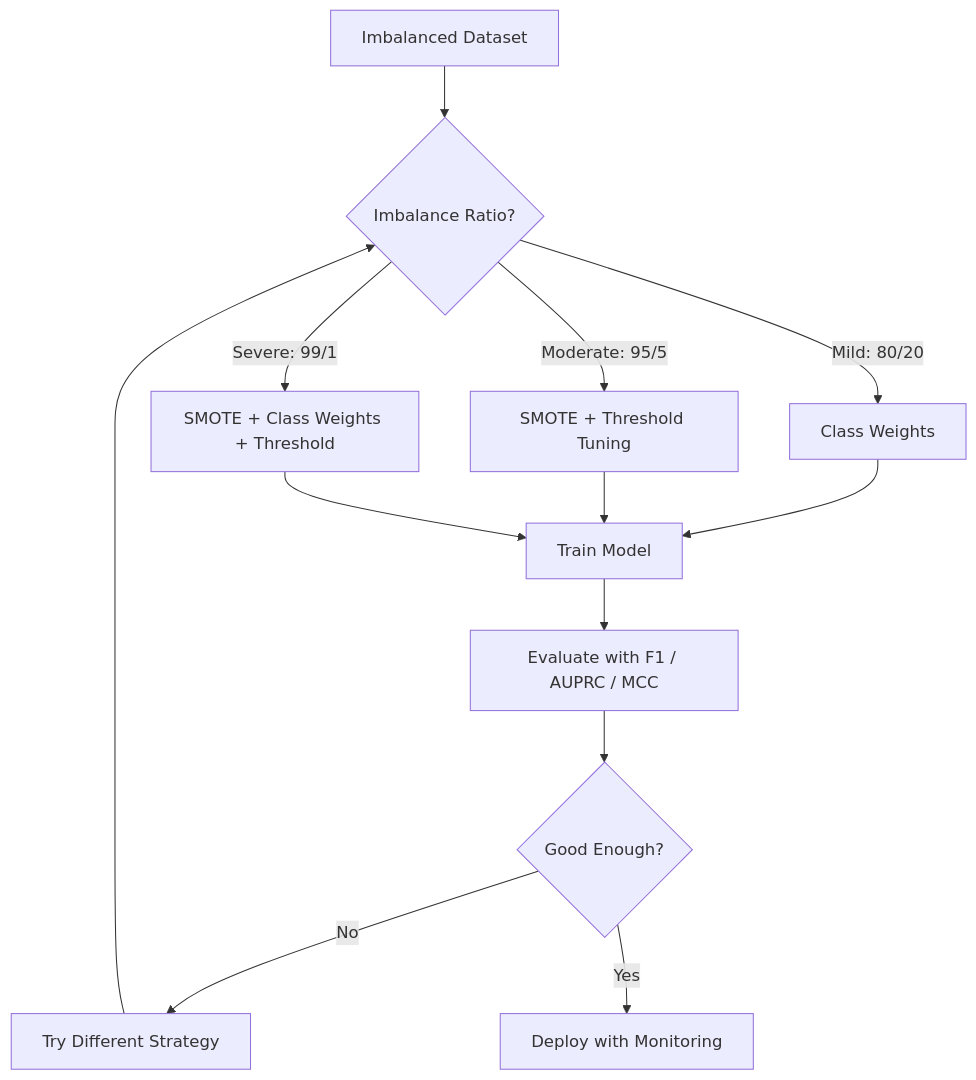
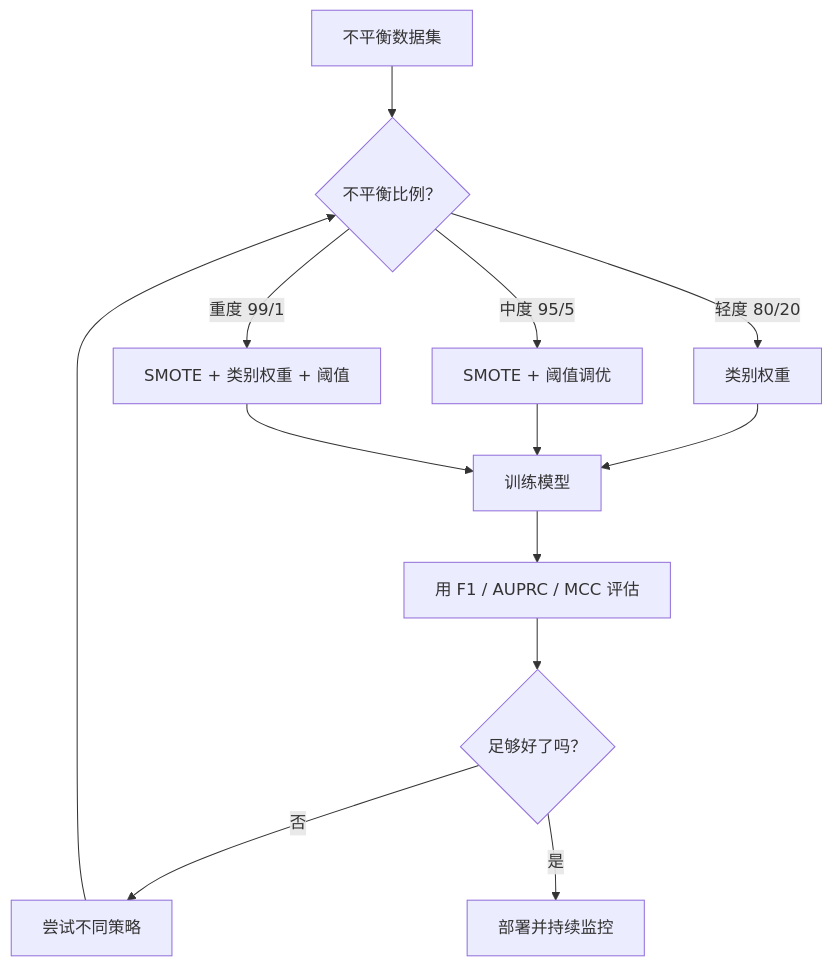
The first of 4 diagrams in phases/02-ml-fundamentals/17-imbalanced-data/docs/zh.md (JerryC8080/ai-engineering-from-scratch-zh), drawn with Mermaid before and after one commit. The commit also changed other lines of this file and 156 other files, not shown here.

First line of the commit message:
i18n(zh): translate mermaid diagram labels in 157 lesson zh.md

````diff
--- a/phases/02-ml-fundamentals/17-imbalanced-data/docs/zh.md
+++ b/phases/02-ml-fundamentals/17-imbalanced-data/docs/zh.md
@@ -62,15 +62,15 @@
 ```mermaid
 flowchart TD
-    A[Imbalanced Dataset] --> B{Imbalance Ratio?}
-    B -->|Mild: 80/20| C[Class Weights]
-    B -->|Moderate: 95/5| D[SMOTE + Threshold Tuning]
-    B -->|Severe: 99/1| E[SMOTE + Class Weights + Threshold]
-    C --> F[Train Model]
+    A[不平衡数据集] --> B{不平衡比例？}
+    B -->|轻度 80/20| C[类别权重]
+    B -->|中度 95/5| D[SMOTE + 阈值调优]
+    B -->|重度 99/1| E[SMOTE + 类别权重 + 阈值]
+    C --> F[训练模型]
     D --> F
     E --> F
-    F --> G[Evaluate with F1 / AUPRC / MCC]
-    G --> H{Good Enough?}
-    H -->|No| I[Try Different Strategy]
-    H -->|Yes| J[Deploy with Monitoring]
+    F --> G[用 F1 / AUPRC / MCC 评估]
+    G --> H{足够好了吗？}
+    H -->|否| I[尝试不同策略]
+    H -->|是| J[部署并持续监控]
     I --> B
 ```
````
